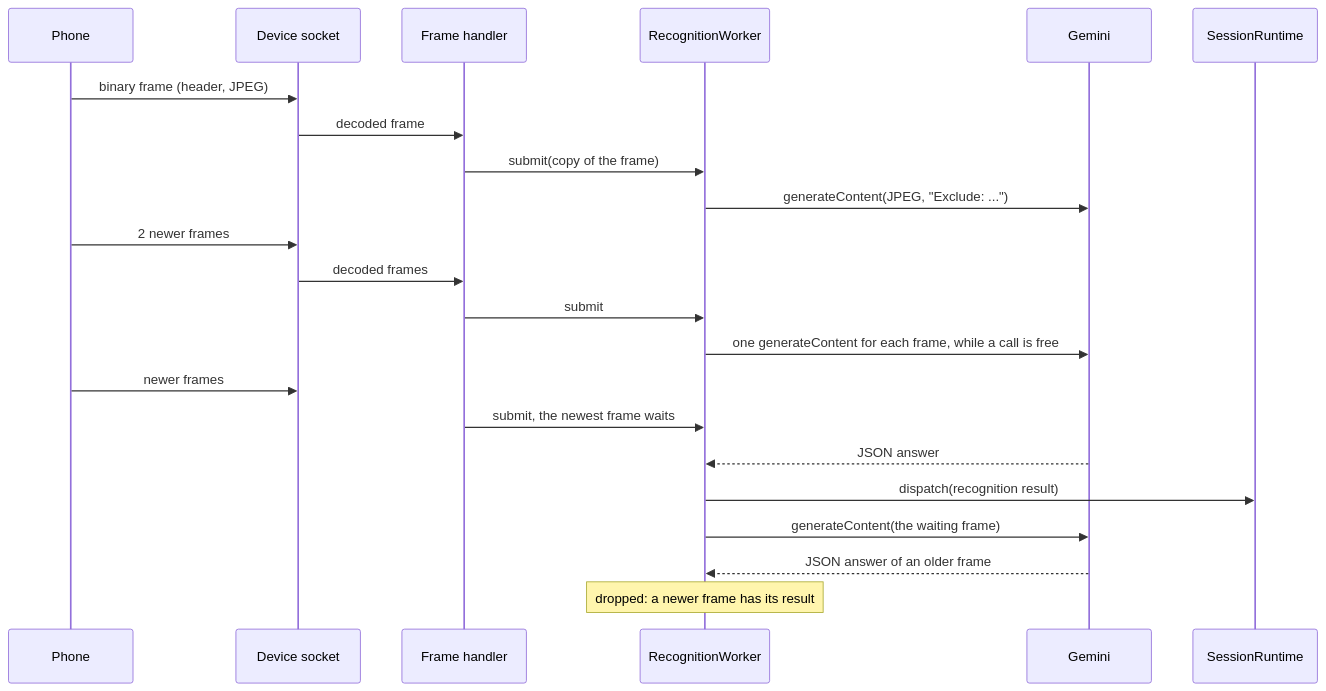
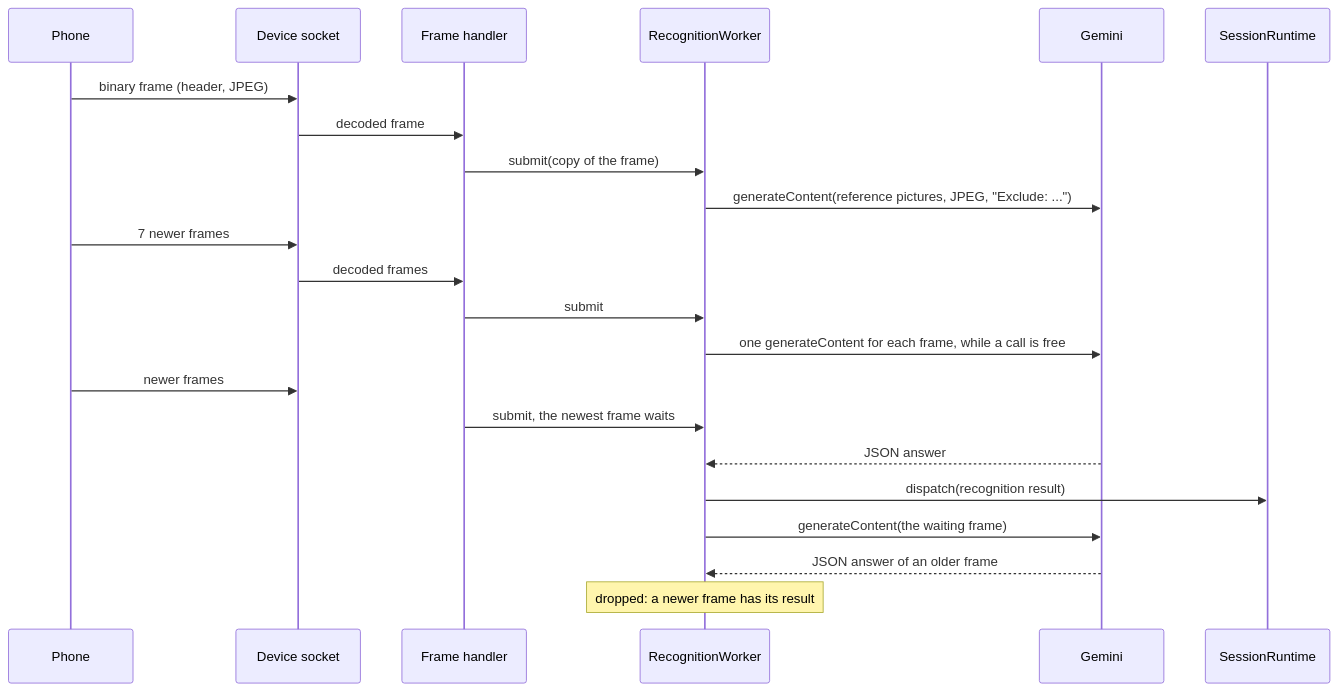
Before and after one commit to mrBymax/glance: the first of 14 diagrams in apps/server/README.md, drawn with Mermaid. The commit also changed other lines of this file and 19 other files, not shown here.

First line of the commit message:
feat(server): send the reference pictures with each frame call

````diff
--- a/apps/server/README.md
+++ b/apps/server/README.md
@@ -183,24 +184,24 @@
 ```mermaid
 sequenceDiagram
   participant Phone
   participant Socket as Device socket
   participant Intake as Frame handler
   participant Worker as RecognitionWorker
   participant Gemini
   participant Runtime as SessionRuntime
   Phone->>Socket: binary frame (header, JPEG)
   Socket->>Intake: decoded frame
   Intake->>Worker: submit(copy of the frame)
-  Worker->>Gemini: generateContent(JPEG, "Exclude: ...")
-  Phone->>Socket: 2 newer frames
+  Worker->>Gemini: generateContent(reference pictures, JPEG, "Exclude: ...")
+  Phone->>Socket: 7 newer frames
   Socket->>Intake: decoded frames
   Intake->>Worker: submit
   Worker->>Gemini: one generateContent for each frame, while a call is free
   Phone->>Socket: newer frames
   Intake->>Worker: submit, the newest frame waits
   Gemini-->>Worker: JSON answer
   Worker->>Runtime: dispatch(recognition result)
   Worker->>Gemini: generateContent(the waiting frame)
   Gemini-->>Worker: JSON answer of an older frame
   Note over Worker: dropped: a newer frame has its result
 ```
````
